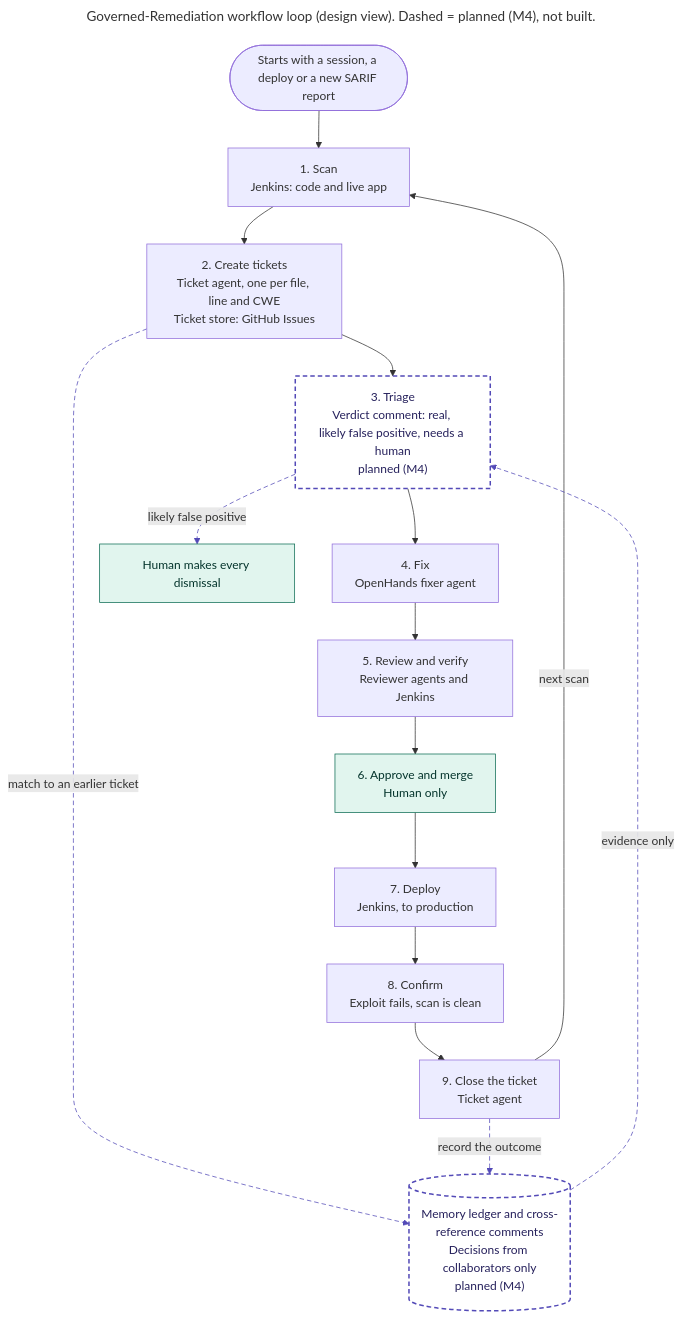
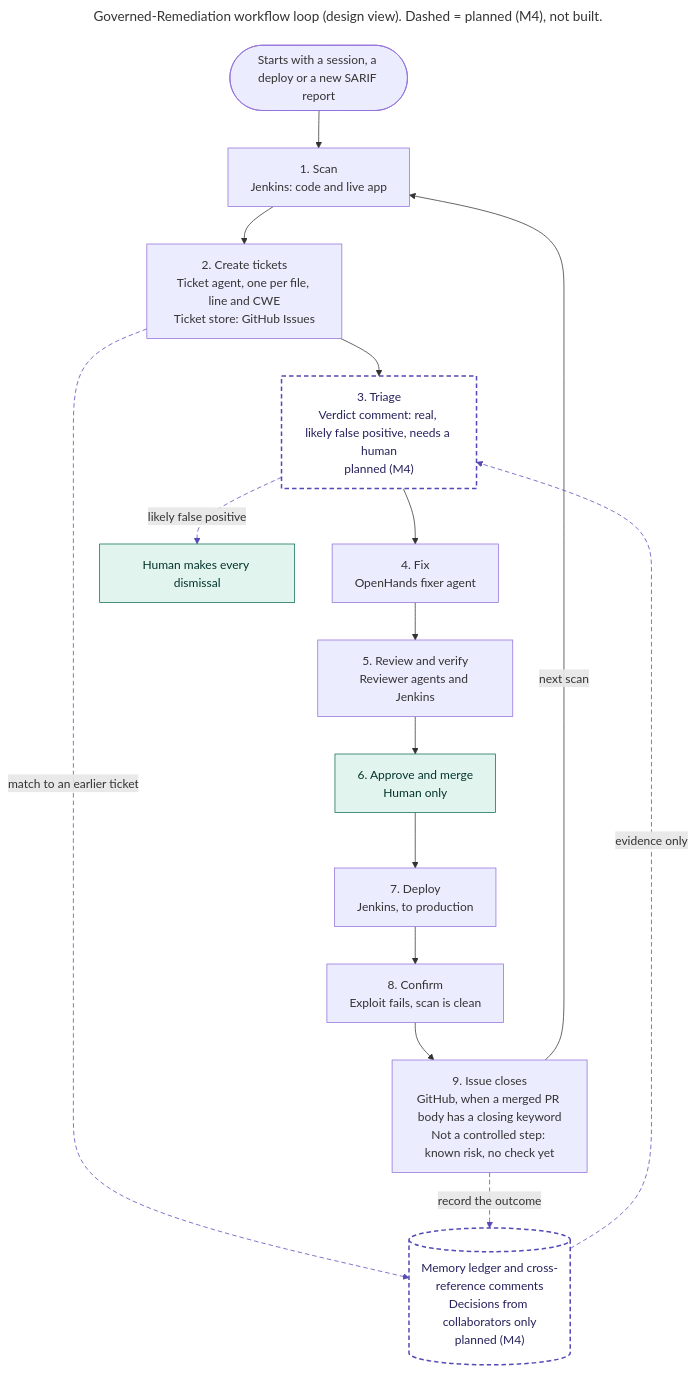
One commit to sandeepkesarkar/governed-remediation changed the diagram in docs/images/src/workflow-loop.mmd. Above: the diagram before and after it, drawn with Mermaid. The commit also changed 2 other files, not shown here.

Commit message:
M0-15: HLD status, public repo, issue-closing mechanism in the diagrams, token pointers, regenerated workflow-loop.svg

```diff
--- a/docs/images/src/workflow-loop.mmd
+++ b/docs/images/src/workflow-loop.mmd
@@ -1,29 +1,29 @@
 ---
 title: Governed-Remediation workflow loop (design view). Dashed = planned (M4), not built.
 ---
 flowchart TD
   START(["Starts with a session, a deploy or a new SARIF report"])
   N1["1. Scan<br/>Jenkins: code and live app"]
   N2["2. Create tickets<br/>Ticket agent, one per file, line and CWE<br/>Ticket store: GitHub Issues"]
   N3["3. Triage<br/>Verdict comment: real, likely false positive, needs a human<br/>planned (M4)"]
   N4["4. Fix<br/>OpenHands fixer agent"]
   N5["5. Review and verify<br/>Reviewer agents and Jenkins"]
   N6["6. Approve and merge<br/>Human only"]
   N7["7. Deploy<br/>Jenkins, to production"]
   N8["8. Confirm<br/>Exploit fails, scan is clean"]
-  N9["9. Close the ticket<br/>Ticket agent"]
+  N9["9. Issue closes<br/>GitHub, when a merged PR body has a closing keyword<br/>Not a controlled step: known risk, no check yet"]
   MEM[("Memory ledger and cross-reference comments<br/>Decisions from collaborators only<br/>planned (M4)")]
   HUM["Human makes every dismissal"]
 
   START --> N1 --> N2 --> N3 --> N4 --> N5 --> N6 --> N7 --> N8 --> N9
   N9 -->|next scan| N1
   N2 -.->|match to an earlier ticket| MEM
   MEM -.->|evidence only| N3
   N9 -.->|record the outcome| MEM
   N3 -.->|likely false positive| HUM
 
   classDef planned fill:#FFFFFF,stroke:#534AB7,stroke-width:2px,stroke-dasharray:6 4,color:#26215C
   classDef human fill:#E1F5EE,stroke:#0F6E56,color:#04342C
   class N3,MEM planned
   class N6,HUM human
   linkStyle 10,11,12,13 stroke:#534AB7,stroke-dasharray:6 4
```
